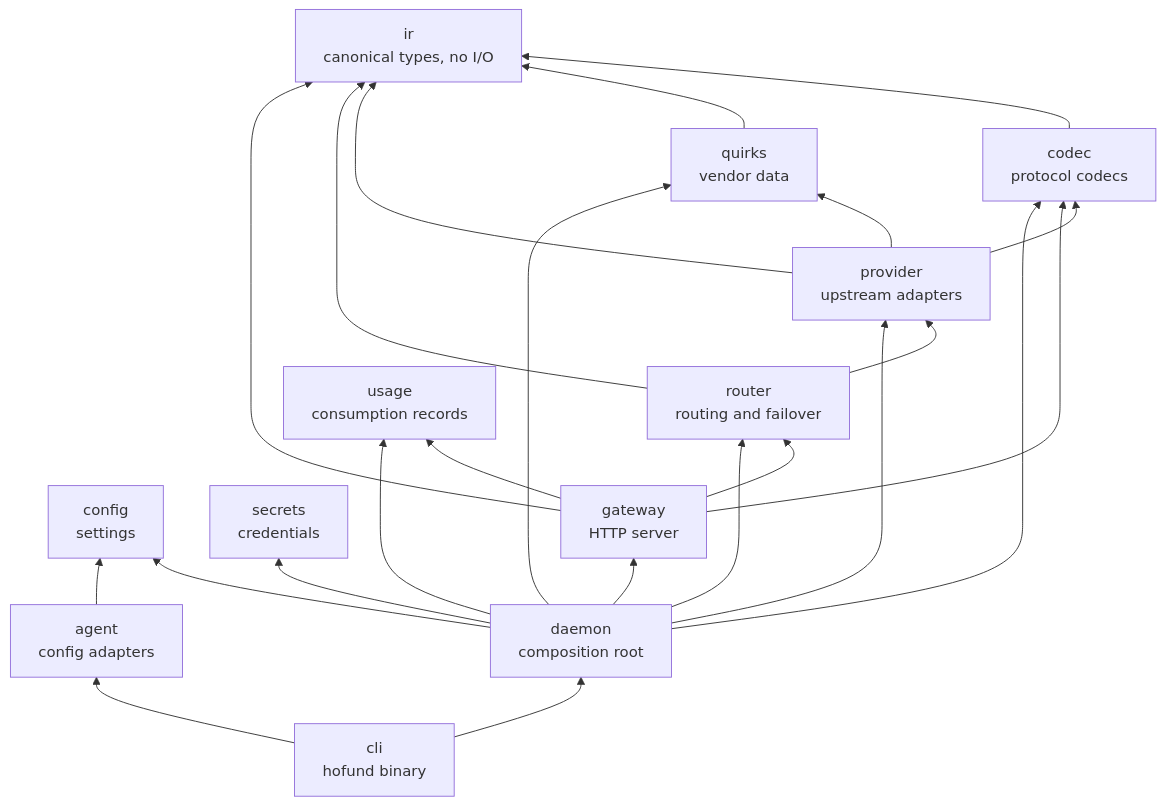
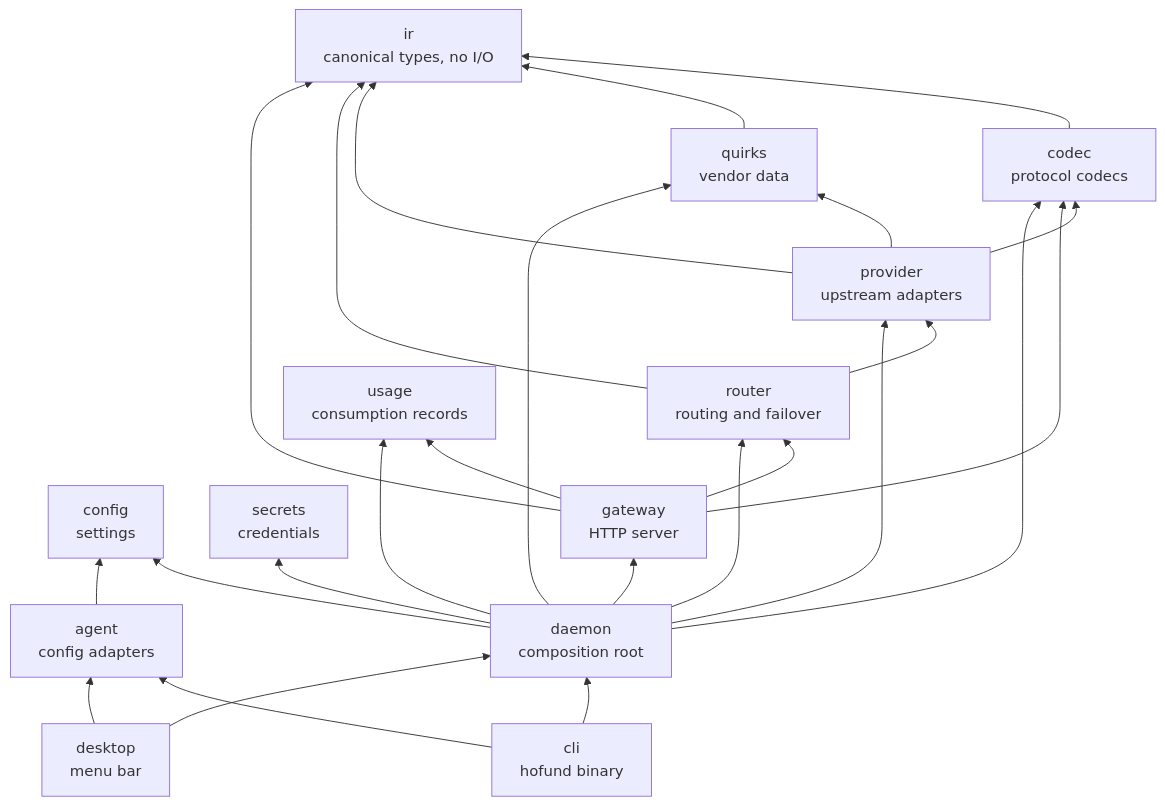
Before and after one commit to logibricks-io/open-heimdall-hofund: the diagram in docs/architecture.md, drawn with Mermaid. The commit also changed other lines of this file and 41 other files, not shown here.

First line of the commit message:
Add the menu-bar app and prepare the v0.1.0 release.

````diff
--- a/docs/architecture.md
+++ b/docs/architecture.md
@@ -32,38 +32,41 @@
 ```mermaid
 flowchart BT
   ir["ir<br/>canonical types, no I/O"]
   codec["codec<br/>protocol codecs"]
   quirks["quirks<br/>vendor data"]
   provider["provider<br/>upstream adapters"]
   router["router<br/>routing and failover"]
   config["config<br/>settings"]
   secrets["secrets<br/>credentials"]
   usage["usage<br/>consumption records"]
   agent["agent<br/>config adapters"]
   gateway["gateway<br/>HTTP server"]
   daemon["daemon<br/>composition root"]
   cli["cli<br/>hofund binary"]
+  desktop["desktop<br/>menu bar"]
 
   codec --> ir
   quirks --> ir
   provider --> codec
   provider --> ir
   provider --> quirks
   router --> provider
   router --> ir
   gateway --> router
   gateway --> codec
   gateway --> ir
   gateway --> usage
   daemon --> gateway
   daemon --> config
   daemon --> secrets
   daemon --> provider
   daemon --> codec
   daemon --> quirks
   daemon --> router
   daemon --> usage
   agent --> config
   cli --> daemon
   cli --> agent
+  desktop --> daemon
+  desktop --> agent
 ```
````
